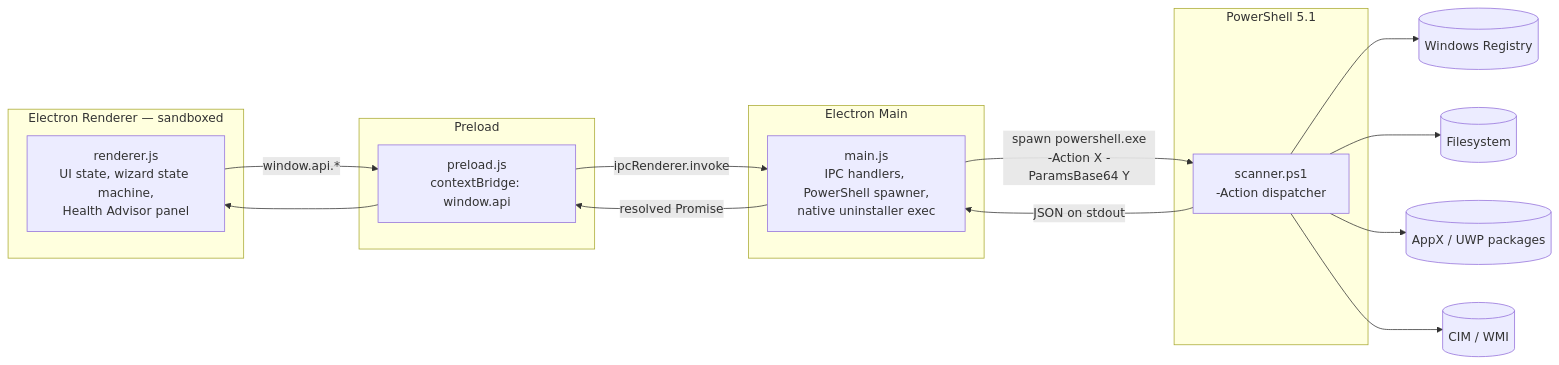
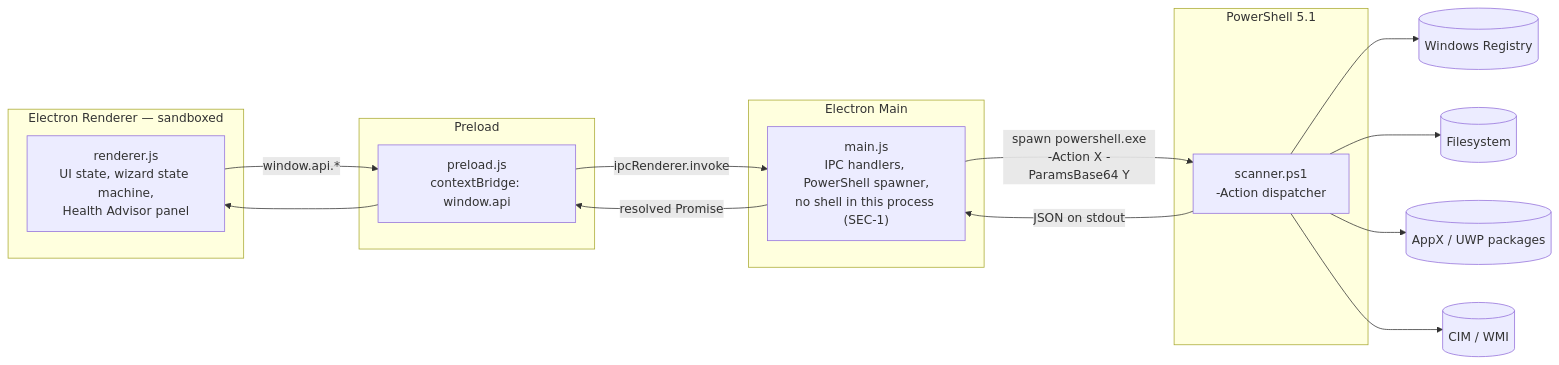
The first of 2 diagrams in ARCHITECTURE.md (QuantumMonkey/Vanish), drawn with Mermaid before and after one commit. The commit also changed other lines of this file and 3 other files, not shown here.

````diff
--- a/ARCHITECTURE.md
+++ b/ARCHITECTURE.md
@@ -11,31 +11,31 @@
 ```mermaid
 graph LR
     subgraph Renderer["Electron Renderer — sandboxed"]
         UI["renderer.js<br/>UI state, wizard state machine,<br/>Health Advisor panel"]
     end
     subgraph Bridge["Preload"]
         API["preload.js<br/>contextBridge: window.api"]
     end
     subgraph Main["Electron Main"]
-        MAIN["main.js<br/>IPC handlers, PowerShell spawner,<br/>native uninstaller exec"]
+        MAIN["main.js<br/>IPC handlers, PowerShell spawner,<br/>no shell in this process (SEC-1)"]
     end
     subgraph Engine["PowerShell 5.1"]
         PS["scanner.ps1<br/>-Action dispatcher"]
     end
 
     REG[("Windows Registry")]
     FS[("Filesystem")]
     APPX[("AppX / UWP packages")]
     CIM[("CIM / WMI")]
 
     UI -->|"window.api.*"| API
     API -->|"ipcRenderer.invoke"| MAIN
     MAIN -->|"spawn powershell.exe<br/>-Action X -ParamsBase64 Y"| PS
     PS --> REG
     PS --> FS
     PS --> APPX
     PS --> CIM
     PS -->|"JSON on stdout"| MAIN
     MAIN -->|"resolved Promise"| API
     API --> UI
 ```
````
